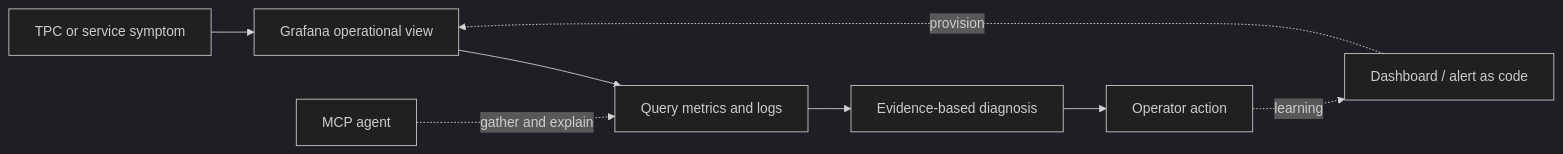
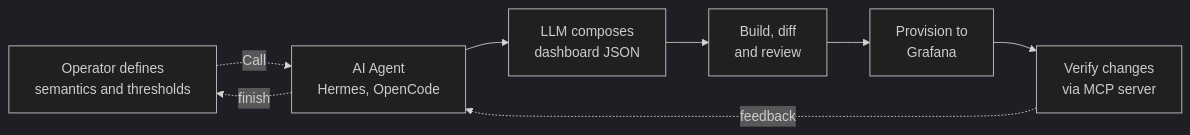
The sixth of 6 diagrams in slides.md (hanx-hep/28th-junocm-dci), drawn with Mermaid (dark theme) before and after one commit. The commit also changed other lines of this file, not shown here.

````diff
--- a/slides.md
+++ b/slides.md
@@ -506,10 +496,10 @@
-```mermaid {scale: 0.66}
+```mermaid {scale: 0.65}
 flowchart LR
-    S[TPC or service symptom] --> V[Grafana operational view]
-    V --> E[Query metrics and logs]
-    E --> D[Evidence-based diagnosis]
-    D --> A[Operator action]
-    A -. learning .-> C[Dashboard / alert as code]
-    C -. provision .-> V
-    M[MCP agent] -. gather and explain .-> E
+    A[Operator defines<br/>semantics and thresholds] -. Call .-> B[AI Agent<br/>Hermes, OpenCode]
+    B --> F[LLM composes<br/>dashboard JSON]
+    F --> C[Build, diff<br/>and review]
+    C --> D[Provision to<br/>Grafana]
+    D --> E[Verify changes<br/>via MCP server]
+    E -. feedback .-> B
+    B -. finish .-> A
 ```
````
